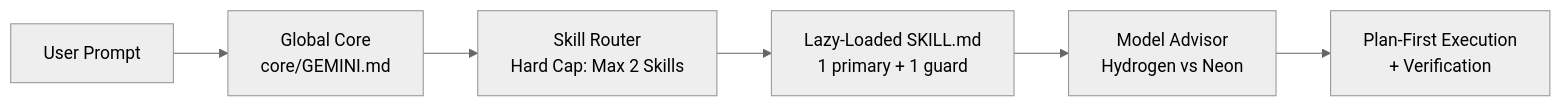
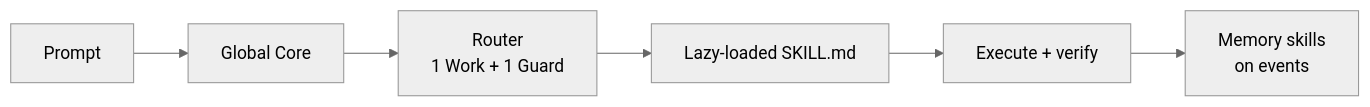
One commit to contact-nathanealphi/zero-slop-antigravity changed the diagram in README.md. Above: the diagram before and after it, drawn with Mermaid (neutral theme). The commit also changed other lines of this file and 29 other files, not shown here.

Commit message:
release: v3.0.0 — typed skill router, stash rollback, CI validation & checksums

````diff
--- a/README.md
+++ b/README.md
@@ -46,8 +35,8 @@
 ```mermaid
 flowchart LR
-    U[User Prompt] --> C[Global Core\ncore/GEMINI.md]
-    C --> R[Skill Router\nHard Cap: Max 2 Skills]
-    R --> S[Lazy-Loaded SKILL.md\n1 primary + 1 guard]
-    S --> M[Model Advisor\nHydrogen vs Neon]
-    M --> E[Plan-First Execution\n+ Verification]
+    U[Prompt] --> C[Global Core]
+    C --> R[Router<br/>1 Work + 1 Guard]
+    R --> S[Lazy-loaded SKILL.md]
+    S --> E[Execute + verify]
+    E --> M[Memory skills<br/>on events]
 ```
````
